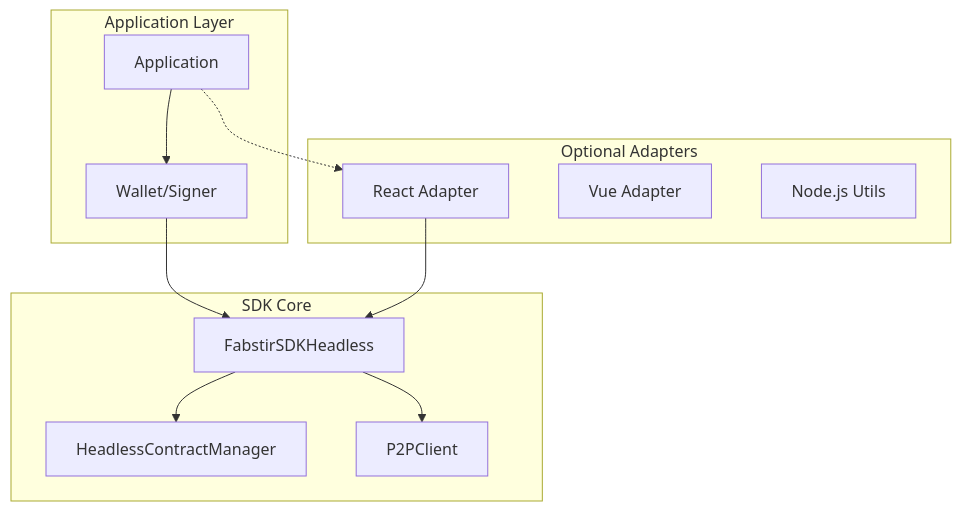
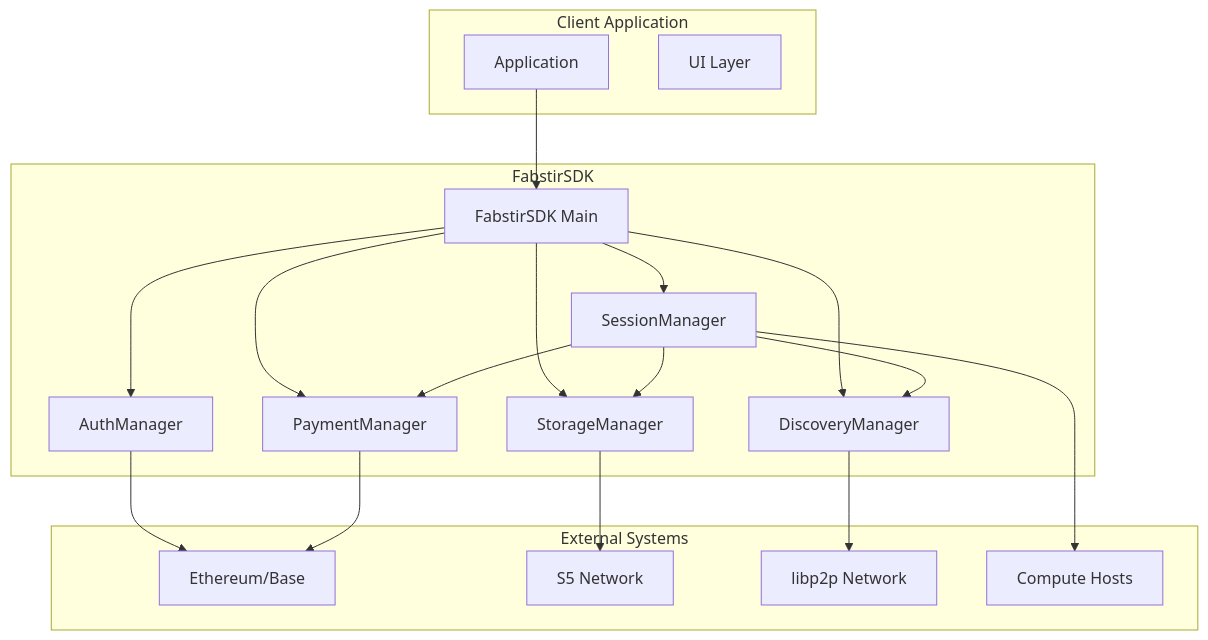
Before and after one commit to Fabstir/fabstir-llm-sdk: the first of 2 diagrams in docs/ARCHITECTURE.md, drawn with Mermaid. The commit also changed other lines of this file and 19 other files, not shown here.

````diff
--- a/docs/ARCHITECTURE.md
+++ b/docs/ARCHITECTURE.md
@@ -43,26 +87,40 @@
 ```mermaid
-graph TD
-    subgraph Application Layer
+graph TB
+    subgraph Client Application
         APP[Application]
-        SIGNER[Wallet/Signer]
+        UI[UI Layer]
     end
     
-    subgraph SDK Core
-        HEADLESS[FabstirSDKHeadless]
-        CONTRACTS[HeadlessContractManager]
-        P2P[P2PClient]
+    subgraph FabstirSDK
+        MAIN[FabstirSDK Main]
+        AUTH[AuthManager]
+        PAY[PaymentManager]
+        STORE[StorageManager]
+        DISC[DiscoveryManager]
+        SESS[SessionManager]
     end
     
-    subgraph Optional Adapters
-        REACT[React Adapter]
-        VUE[Vue Adapter]
-        NODE[Node.js Utils]
+    subgraph External Systems
+        ETH[Ethereum/Base]
+        S5[S5 Network]
+        P2P[libp2p Network]
+        HOST[Compute Hosts]
     end
     
-    APP --> SIGNER
-    SIGNER --> HEADLESS
-    HEADLESS --> CONTRACTS
-    HEADLESS --> P2P
-    APP -.-> REACT
-    REACT --> HEADLESS
+    APP --> MAIN
+    MAIN --> AUTH
+    MAIN --> PAY
+    MAIN --> STORE
+    MAIN --> DISC
+    MAIN --> SESS
+    
+    AUTH --> ETH
+    PAY --> ETH
+    STORE --> S5
+    DISC --> P2P
+    SESS --> HOST
+    
+    SESS --> PAY
+    SESS --> STORE
+    SESS --> DISC
 ```
````
